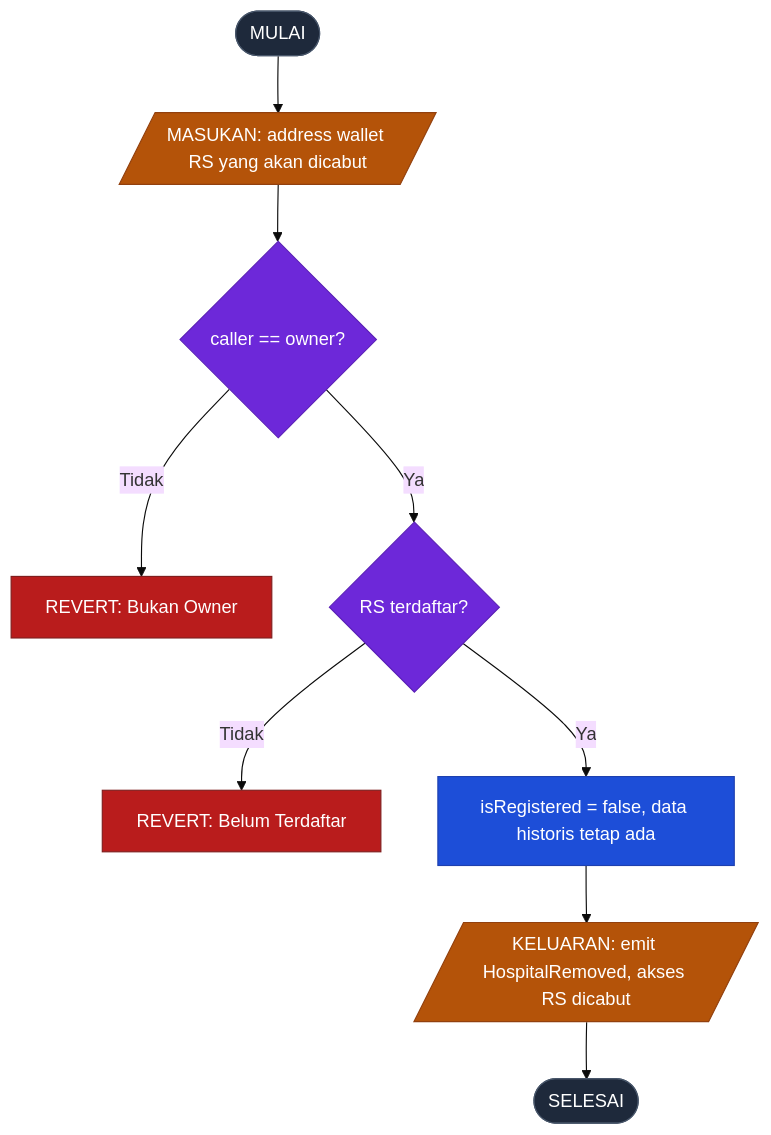
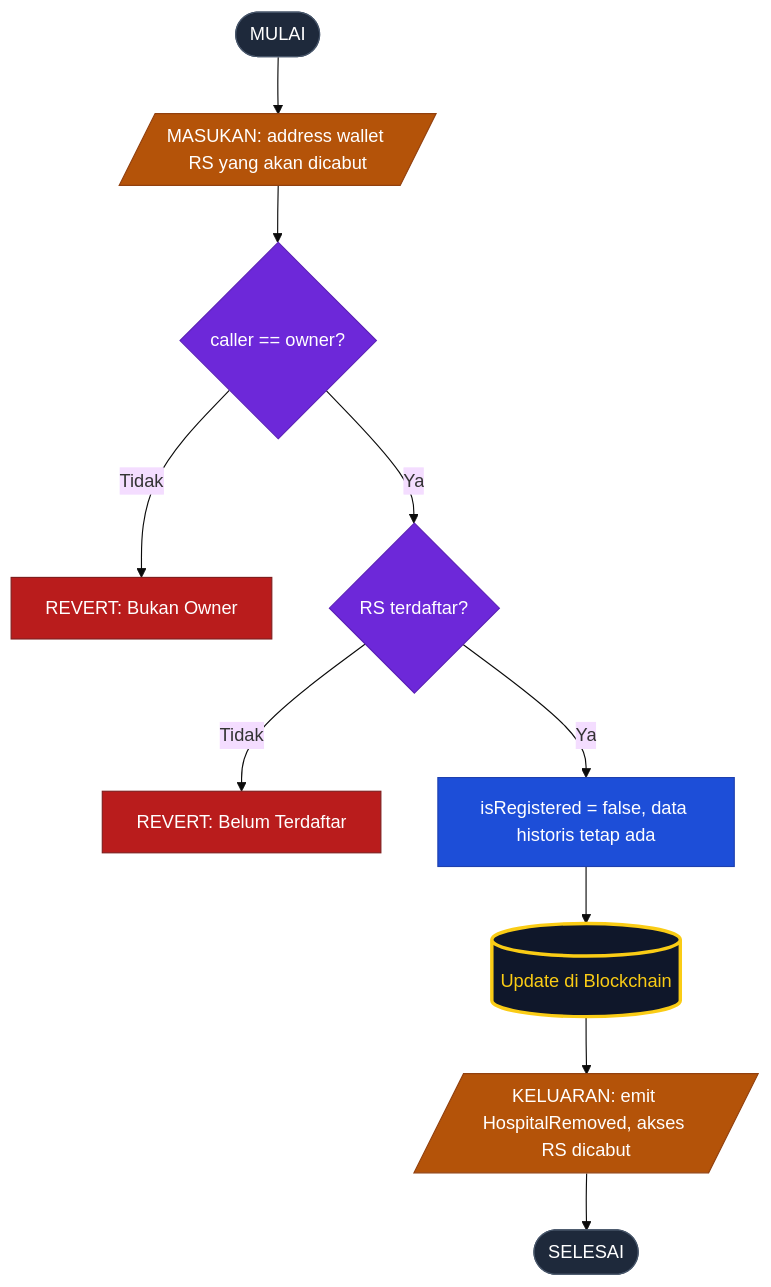
Before and after one commit to abuab234/Status-Ketersediaan-Kamar-RS: the third of 7 diagrams in readme/capstone_blockchain.md, drawn with Mermaid (base theme). The commit also changed other lines of this file, not shown here.

Commit message:
Fix: Memperbaiki sintaks diagram Mermaid pada dokumentasi

````diff
--- a/readme/capstone_blockchain.md
+++ b/readme/capstone_blockchain.md
@@ -196,21 +198,23 @@
 ```mermaid
 flowchart TD
     R1([MULAI]) --> R2[/"MASUKAN: address wallet RS yang akan dicabut"/]
     R2 --> R3{"caller == owner?"}
     R3 -->|"Tidak"| RR1["REVERT: Bukan Owner"]
     R3 -->|"Ya"| R4{"RS terdaftar?"}
     R4 -->|"Tidak"| RR2["REVERT: Belum Terdaftar"]
     R4 -->|"Ya"| R5["isRegistered = false, data historis tetap ada"]
-    R5 --> R6[/"KELUARAN: emit HospitalRemoved, akses RS dicabut"/]
+    R5 --> RDB[("Update di Blockchain")]
+    RDB --> R6[/"KELUARAN: emit HospitalRemoved, akses RS dicabut"/]
     R6 --> R7([SELESAI])
 
     style R1 fill:#1e293b,color:#fff,stroke:#475569
     style R7 fill:#1e293b,color:#fff,stroke:#475569
     style RR1 fill:#b91c1c,color:#fff,stroke:#7f1d1d
     style RR2 fill:#b91c1c,color:#fff,stroke:#7f1d1d
     style R3 fill:#6d28d9,color:#fff,stroke:#5b21b6
     style R4 fill:#6d28d9,color:#fff,stroke:#5b21b6
     style R5 fill:#1d4ed8,color:#fff,stroke:#1e40af
     style R2 fill:#b45309,color:#fff,stroke:#92400e
     style R6 fill:#b45309,color:#fff,stroke:#92400e
+    style RDB fill:#0f172a,color:#facc15,stroke:#facc15,stroke-width:3px
 ```
````
